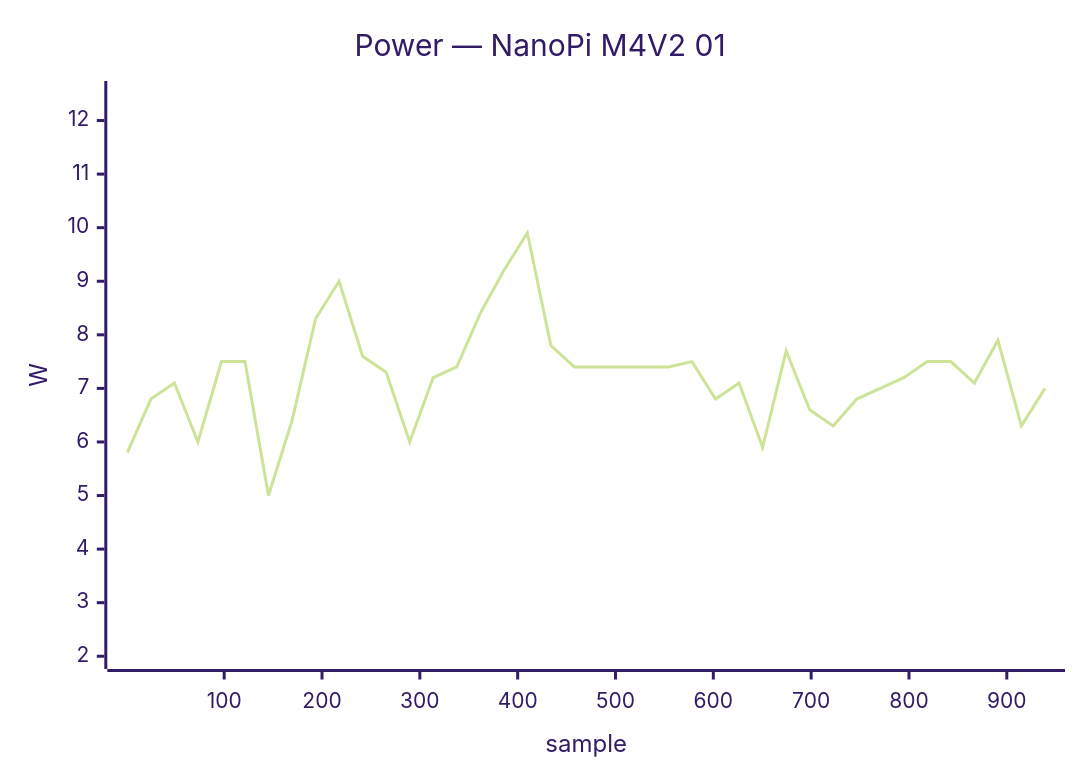
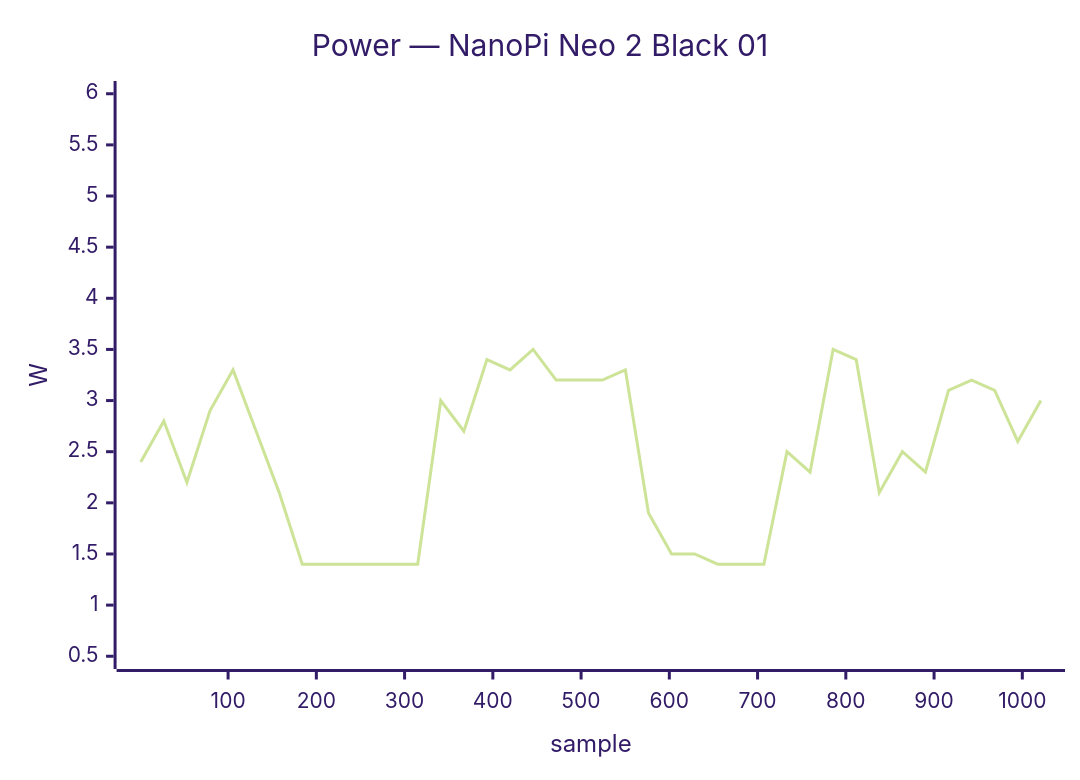
Before and after one commit to armbian/documentation: diagram 23 of 40 in docs/status/board-tests.md, drawn with Mermaid (forest theme). The commit also changed other lines of this file, not shown here.

````diff
--- a/docs/status/board-tests.md
+++ b/docs/status/board-tests.md
@@ -789,7 +1083,7 @@
 ```mermaid
 xychart-beta
-    title "Power — NanoPi M4V2 01"
-    x-axis "sample" 1 --> 939
-    y-axis "W" 2.0 --> 12.5
-    line [5.8, 6.8, 7.1, 6.0, 7.5, 7.5, 5.0, 6.4, 8.3, 9.0, 7.6, 7.3, 6.0, 7.2, 7.4, 8.4, 9.2, 9.9, 7.8, 7.4, 7.4, 7.4, 7.4, 7.4, 7.5, 6.8, 7.1, 5.9, 7.7, 6.6, 6.3, 6.8, 7.0, 7.2, 7.5, 7.5, 7.1, 7.9, 6.3, 7.0]
+    title "Power — NanoPi Neo 2 Black 01"
+    x-axis "sample" 1 --> 1021
+    y-axis "W" 0.5 --> 6.0
+    line [2.4, 2.8, 2.2, 2.9, 3.3, 2.7, 2.1, 1.4, 1.4, 1.4, 1.4, 1.4, 1.4, 3.0, 2.7, 3.4, 3.3, 3.5, 3.2, 3.2, 3.2, 3.3, 1.9, 1.5, 1.5, 1.4, 1.4, 1.4, 2.5, 2.3, 3.5, 3.4, 2.1, 2.5, 2.3, 3.1, 3.2, 3.1, 2.6, 3.0]
 ```
````
